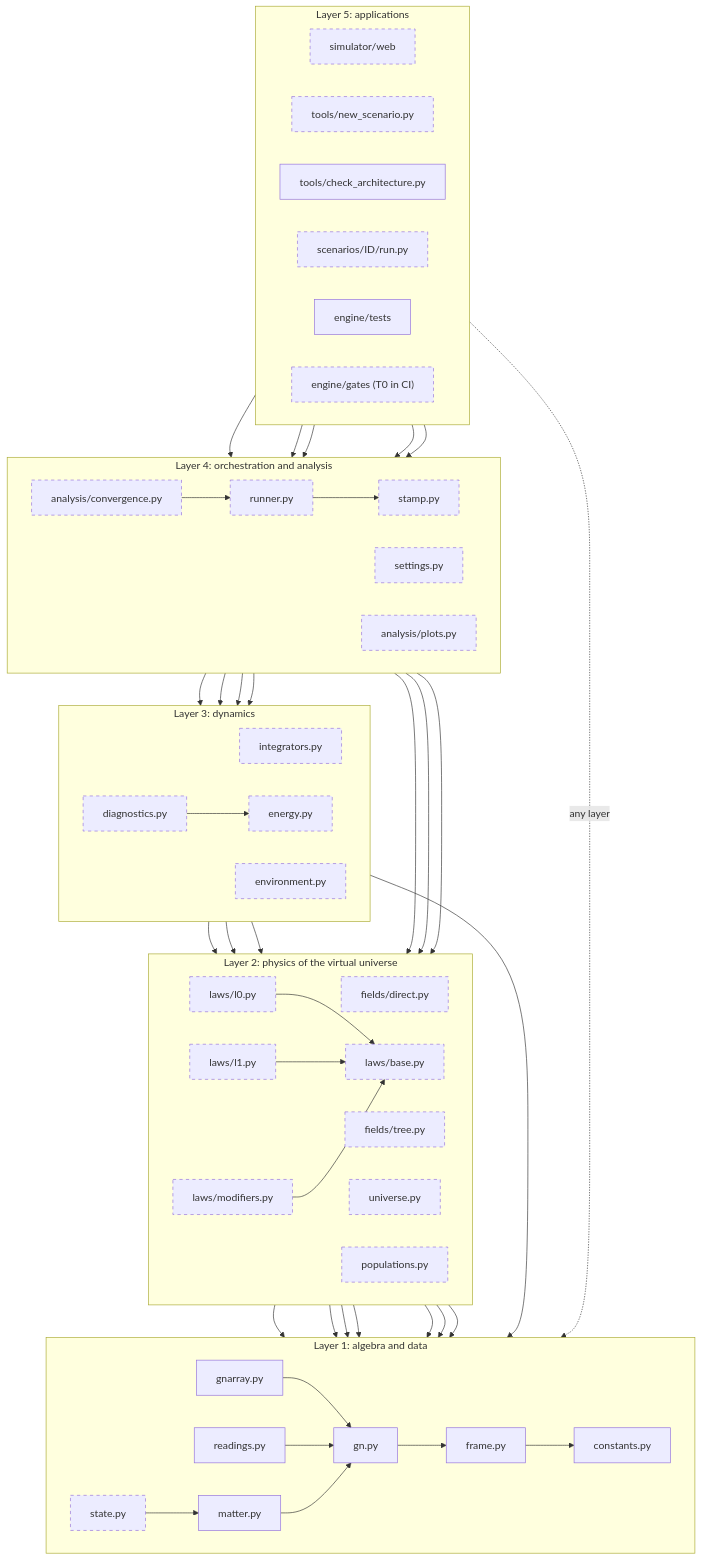
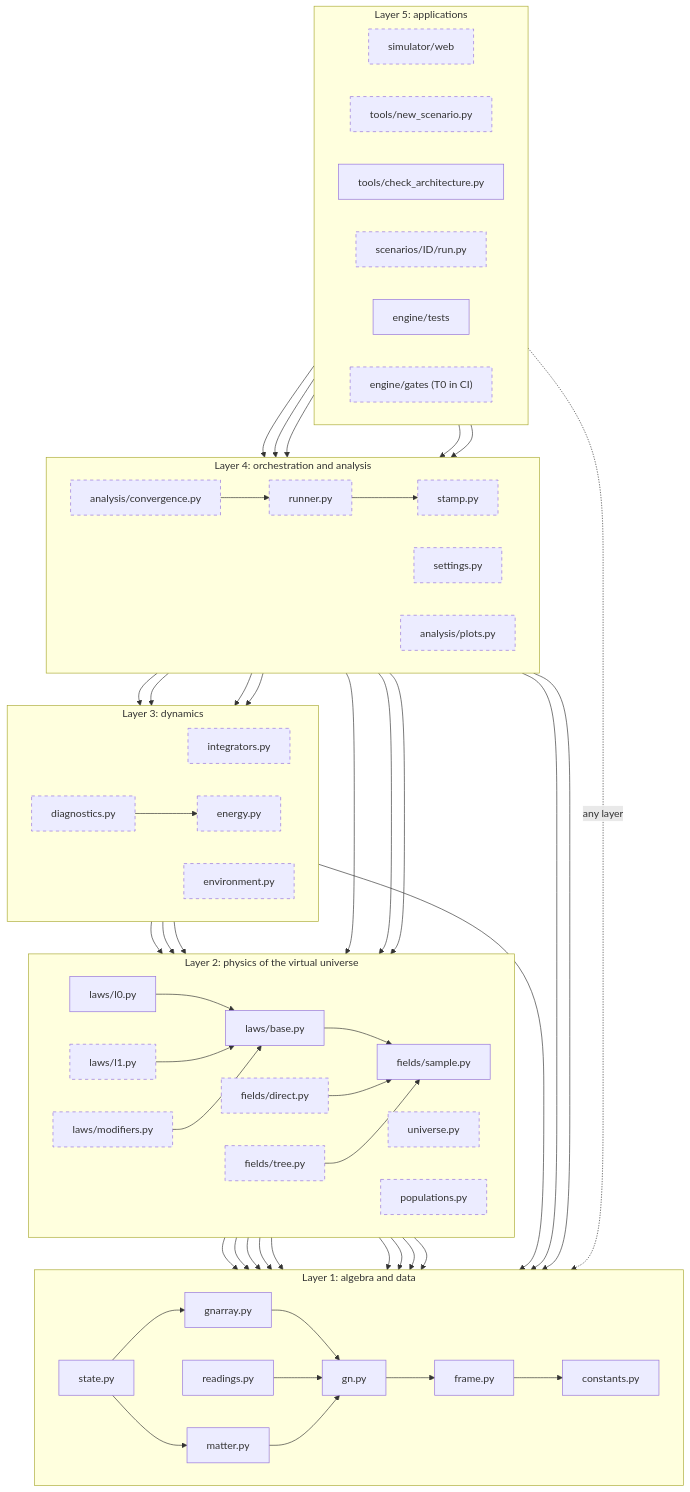
Before and after one commit to MostafaDerraz/cosmic-mass-lab: the second of 8 diagrams in ARCHITECTURE.md, drawn with Mermaid. The commit also changed other lines of this file and 14 other files, not shown here.

```diff
--- a/ARCHITECTURE.md
+++ b/ARCHITECTURE.md
@@ -146,10 +147,11 @@
 
     subgraph L2["Layer 2: physics of the virtual universe"]
         direction LR
+        fieldsample["fields/sample.py"]
         fields["fields/direct.py"]:::planned
         fieldsfast["fields/tree.py"]:::planned
-        lawbase["laws/base.py"]:::planned
-        l0["laws/l0.py"]:::planned
+        lawbase["laws/base.py"]
+        l0["laws/l0.py"]
         l1["laws/l1.py"]:::planned
         modifiers["laws/modifiers.py"]:::planned
         universe["universe.py"]:::planned
@@ -164,7 +166,7 @@
         gnarray["gnarray.py"]
         readings["readings.py"]
         matter["matter.py"]
-        state["state.py"]:::planned
+        state["state.py"]
     end
 
     scen --> runner
@@ -180,6 +182,8 @@
     settings --> universe
     settings --> populations
     settings --> lawbase
+    settings --> state
+    settings --> matter
     convergence --> runner
     plots --> diagnostics
     integrators --> fields
@@ -190,7 +194,13 @@
     l0 --> lawbase
     l1 --> lawbase
     modifiers --> lawbase
+    lawbase --> fieldsample
+    lawbase --> state
     lawbase --> gnarray
+    fields --> fieldsample
+    fieldsfast --> fieldsample
+    fieldsample --> gnarray
+    state --> gnarray
     lawbase --> readings
     fields --> gnarray
     fieldsfast --> gnarray
```
